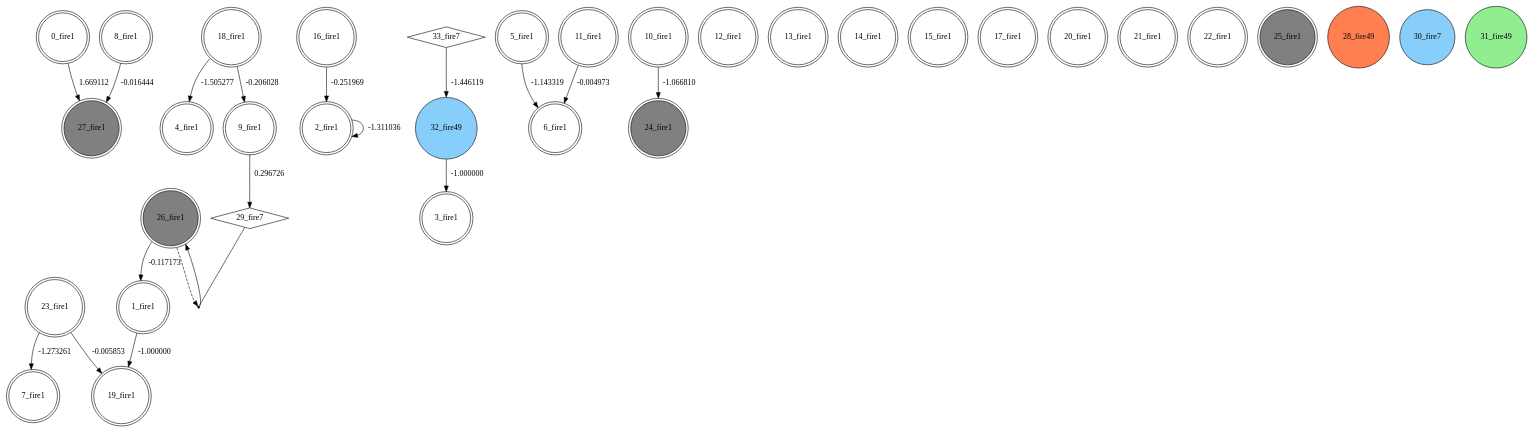
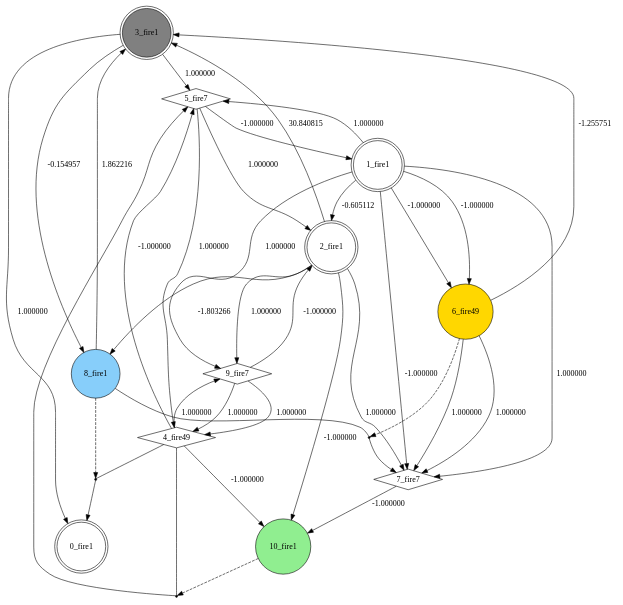
One commit to yi1306c12/suna_c changed the diagram in best_individual.dot. Above: the diagram before and after it, drawn with Graphviz. The commit also changed 5 other files, not shown here.

```diff
--- a/best_individual.dot
+++ b/best_individual.dot
@@ -1,57 +1,55 @@
 digraph G {
  node[shape = circle]
 0 [label="0_fire1",shape=doublecircle]
 1 [label="1_fire1",shape=doublecircle]
 2 [label="2_fire1",shape=doublecircle]
-3 [label="3_fire1",shape=doublecircle]
-4 [label="4_fire1",shape=doublecircle]
-5 [label="5_fire1",shape=doublecircle]
-6 [label="6_fire1",shape=doublecircle]
-7 [label="7_fire1",shape=doublecircle]
-8 [label="8_fire1",shape=doublecircle]
-9 [label="9_fire1",shape=doublecircle]
-10 [label="10_fire1",shape=doublecircle]
-11 [label="11_fire1",shape=doublecircle]
-12 [label="12_fire1",shape=doublecircle]
-13 [label="13_fire1",shape=doublecircle]
-14 [label="14_fire1",shape=doublecircle]
-15 [label="15_fire1",shape=doublecircle]
-16 [label="16_fire1",shape=doublecircle]
-17 [label="17_fire1",shape=doublecircle]
-18 [label="18_fire1",shape=doublecircle]
-19 [label="19_fire1",shape=doublecircle]
-20 [label="20_fire1",shape=doublecircle]
-21 [label="21_fire1",shape=doublecircle]
-22 [label="22_fire1",shape=doublecircle]
-23 [label="23_fire1",shape=doublecircle]
-24 [label="24_fire1",shape=doublecircle, style=filled, fillcolor=gray]
-25 [label="25_fire1",shape=doublecircle, style=filled, fillcolor=gray]
-26 [label="26_fire1",shape=doublecircle, style=filled, fillcolor=gray]
-27 [label="27_fire1",shape=doublecircle, style=filled, fillcolor=gray]
-28 [label="28_fire49",style=filled, fillcolor=coral]
-29 [label="29_fire7",shape=diamond]
-30 [label="30_fire7",style=filled, fillcolor=lightskyblue]
-31 [label="31_fire49",style=filled, fillcolor=lightgreen]
-32 [label="32_fire49",style=filled, fillcolor=lightskyblue]
-33 [label="33_fire7",shape=diamond]
-11 -> 6 [label="-0.004973"]
-8 -> 27 [label="-0.016444"]
-18 -> 9 [label="-0.206028"]
-23 -> 19 [label="-0.005853"]
-34 [shape=point, label=""]
-26 -> 34 [style=dashed] 
-29 -> 34 [dir=none]
-34 -> 26 
-9 -> 29 [label="0.296726"]
-5 -> 6 [label="-1.143319"]
-1 -> 19 [label="-1.000000"]
-16 -> 2 [label="-0.251969"]
-33 -> 32 [label="-1.446119"]
-26 -> 1 [label="-0.117173"]
-10 -> 24 [label="-1.066810"]
-18 -> 4 [label="-1.505277"]
-2 -> 2 [label="-1.311036"]
-0 -> 27 [label="1.669112"]
-32 -> 3 [label="-1.000000"]
-23 -> 7 [label="-1.273261"]
+3 [label="3_fire1",shape=doublecircle, style=filled, fillcolor=gray]
+4 [label="4_fire49",shape=diamond]
+5 [label="5_fire7",shape=diamond]
+6 [label="6_fire49",style=filled, fillcolor=gold]
+7 [label="7_fire7",shape=diamond]
+8 [label="8_fire1",style=filled, fillcolor=lightskyblue]
+9 [label="9_fire7",shape=diamond]
+10 [label="10_fire1",style=filled, fillcolor=lightgreen]
+2 -> 3 [label="30.840815"]
+2 -> 9 [label="1.000000"]
+2 -> 8 [label="-1.803266"]
+1 -> 2 [label="-0.605112"]
+4 -> 9 [label="1.000000"]
+6 -> 3 [label="-1.255751"]
+11 [shape=point, label=""]
+8 -> 11 [style=dashed] 
+4 -> 11 [dir=none]
+11 -> 0 
+9 -> 4 [label="1.000000"]
+9 -> 4 [label="1.000000"]
+1 -> 6 [label="-1.000000"]
+12 [shape=point, label=""]
+6 -> 12 [style=dashed] 
+8 -> 12 [dir=none]
+12 -> 7 
+6 -> 7 [label="1.000000"]
+3 -> 8 [label="-0.154957"]
+8 -> 3 [label="1.862216"]
+1 -> 6 [label="-1.000000"]
+1 -> 7 [label="1.000000"]
+3 -> 0 [label="1.000000"]
+5 -> 4 [label="1.000000"]
+7 -> 10 [label="-1.000000"]
+5 -> 1 [label="-1.000000"]
+4 -> 10 [label="-1.000000"]
+13 [shape=point, label=""]
+10 -> 13 [style=dashed] 
+4 -> 13 [dir=none]
+13 -> 5 
+1 -> 7 [label="-1.000000"]
+1 -> 5 [label="1.000000"]
+6 -> 7 [label="1.000000"]
+4 -> 5 [label="-1.000000"]
+9 -> 2 [label="-1.000000"]
+2 -> 10 [label="-1.000000"]
+1 -> 9 [label="1.000000"]
+2 -> 7 [label="1.000000"]
+3 -> 5 [label="1.000000"]
+5 -> 2 [label="1.000000"]
 }
```
